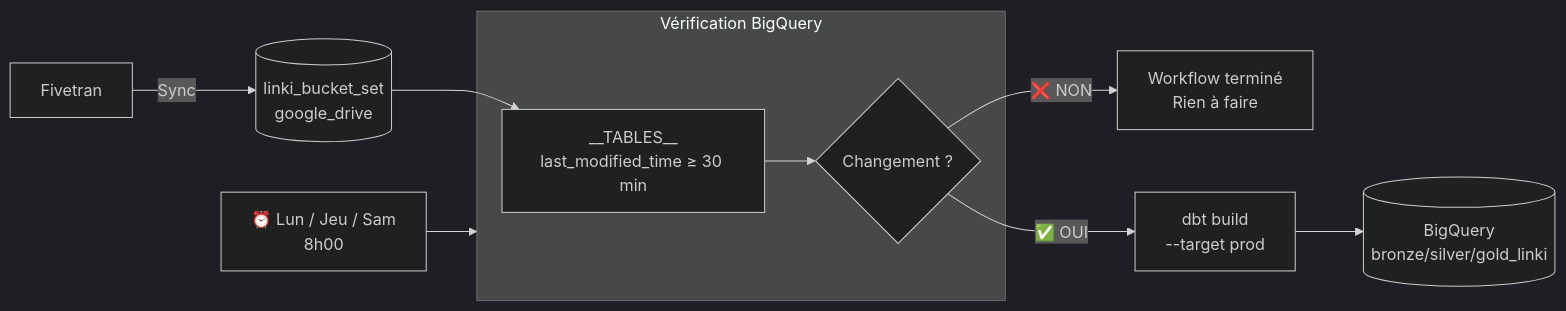
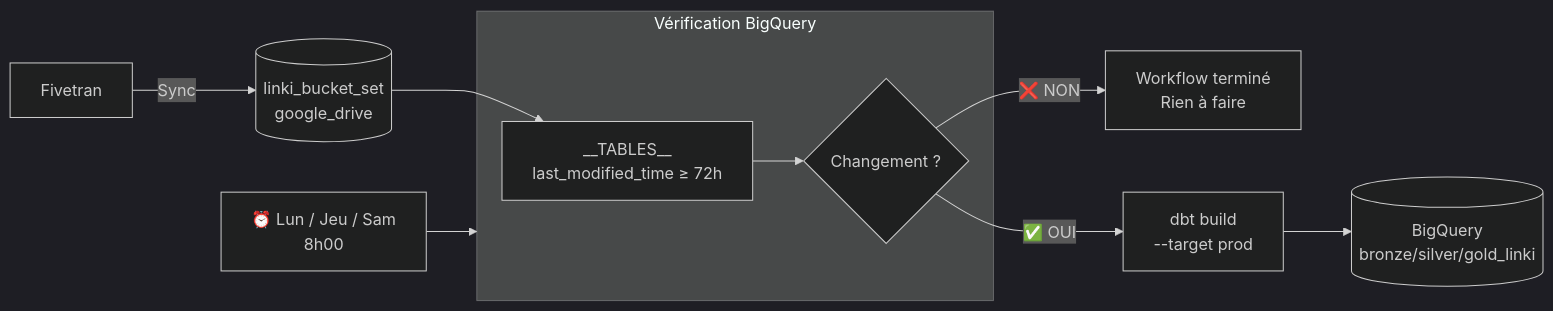
One commit to ballates/linkyhub_dbt changed the fifth of 5 diagrams in README.md. Above: the diagram before and after it, drawn with Mermaid (dark theme). The commit also changed other lines of this file and 2 other files, not shown here.

````diff
--- a/README.md
+++ b/README.md
@@ -276,15 +279,15 @@
 ```mermaid
 flowchart LR
     cron["⏰ Lun / Jeu / Sam\n8h00"] --> check
 
     subgraph check ["Vérification BigQuery"]
-        q[__TABLES__\nlast_modified_time ≥ 30 min] --> result{Changement ?}
+        q[__TABLES__\nlast_modified_time ≥ 72h] --> result{Changement ?}
     end
 
     fivetran[Fivetran] -->|Sync| bq[(linki_bucket_set\ngoogle_drive)]
     bq --> q
 
     result -->|❌ NON| stop[Workflow terminé\nRien à faire]
     result -->|✅ OUI| build[dbt build\n--target prod]
     build --> prod[(BigQuery\nbronze/silver/gold_linki)]
 ```
````
